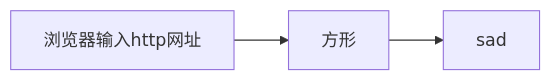
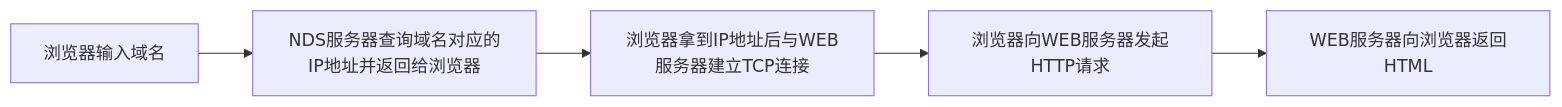
The first of 3 diagrams in docs/tcp-ip.md (dengxife/crawler), drawn with Mermaid before and after one commit. The commit also changed other lines of this file and 1 other file, not shown here.

````diff
--- a/docs/tcp-ip.md
+++ b/docs/tcp-ip.md
@@ -6,5 +6,7 @@
 ```mermaid
 graph LR
-A[浏览器输入http网址] --> B[sad]
-B[方形] --> C[sad]
+A[浏览器输入域名] --> B[NDS服务器查询域名对应的IP地址并返回给浏览器]
+B --> C[浏览器拿到IP地址后与WEB服务器建立TCP连接]
+C --> D[浏览器向WEB服务器发起HTTP请求]
+D --> F[WEB服务器向浏览器返回HTML]
 ```
````
